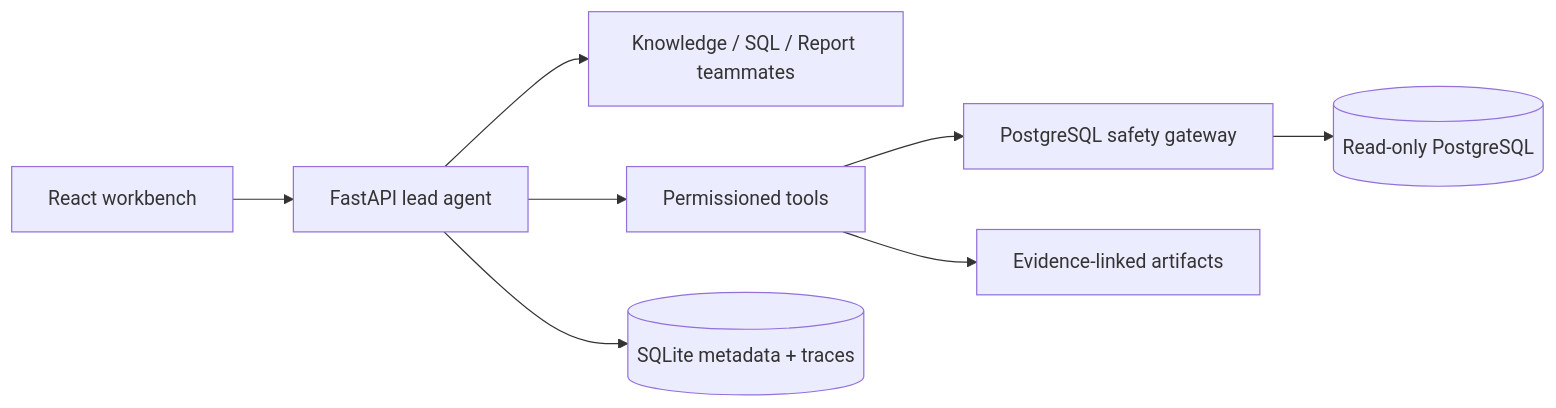
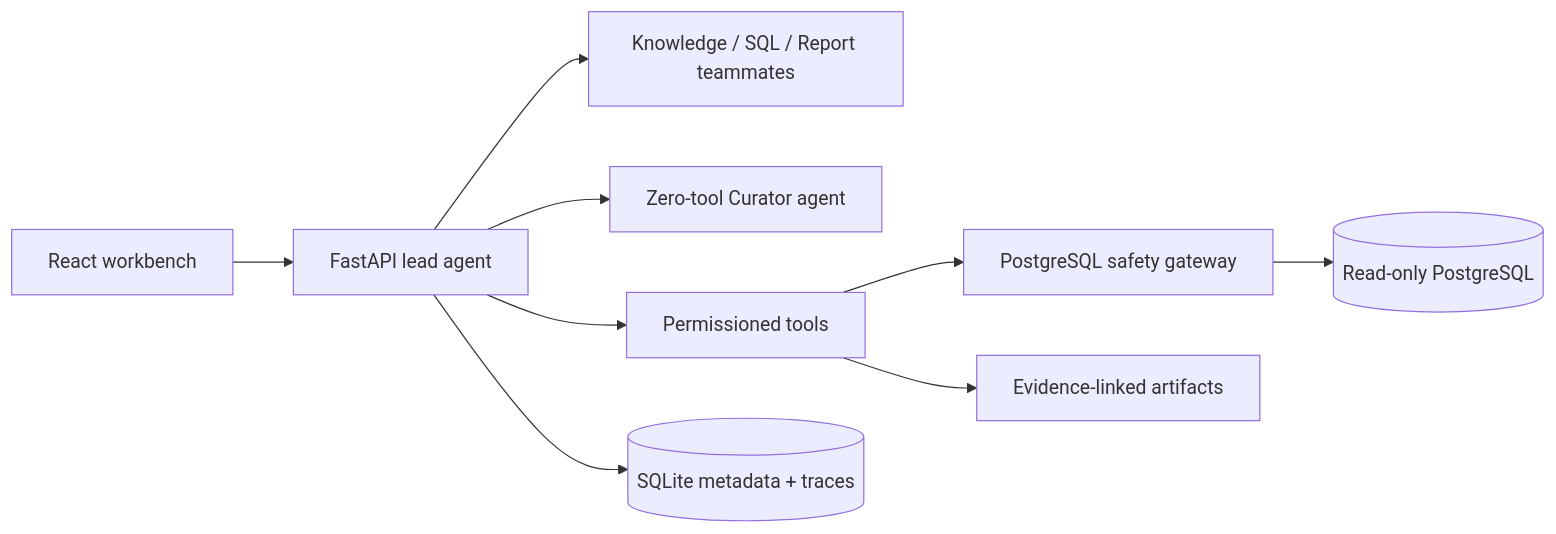
One commit to FireDog2/Trace changed the diagram in README.md. Above: the diagram before and after it, drawn with Mermaid. The commit also changed other lines of this file and 3 other files, not shown here.

````diff
--- a/README.md
+++ b/README.md
@@ -11,10 +11,11 @@
 ```mermaid
 flowchart LR
   UI[React workbench] --> API[FastAPI lead agent]
   API --> Team[Knowledge / SQL / Report teammates]
+  API --> Curator[Zero-tool Curator agent]
   API --> Tools[Permissioned tools]
   Tools --> SQL[PostgreSQL safety gateway]
   SQL --> PG[(Read-only PostgreSQL)]
   API --> Meta[(SQLite metadata + traces)]
   Tools --> Artifacts[Evidence-linked artifacts]
 ```
````
